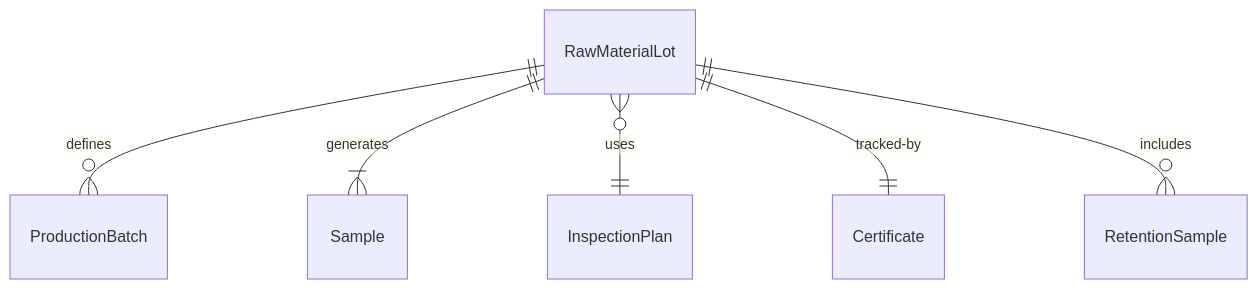
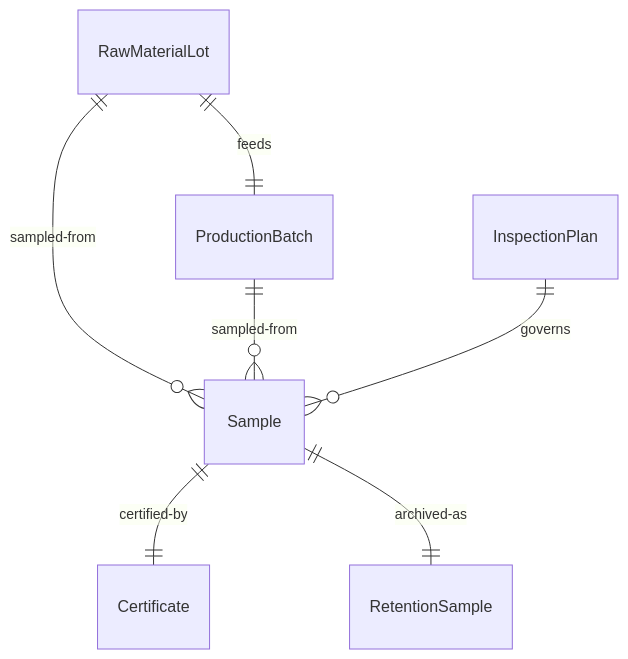
Before and after one commit to dot-org-ai/tasks.org.ai: the first of 4 diagrams in HandlingAndMovingObjects/CollectSamplesOfProductsOrMaterials/CollectSamplesRawMaterialsFinished.mdx, drawn with Mermaid. The commit also changed other lines of this file and 515 other files, not shown here.

````diff
--- a/HandlingAndMovingObjects/CollectSamplesOfProductsOrMaterials/CollectSamplesRawMaterialsFinished.mdx
+++ b/HandlingAndMovingObjects/CollectSamplesOfProductsOrMaterials/CollectSamplesRawMaterialsFinished.mdx
@@ -87,8 +87,9 @@
 ```mermaid
 erDiagram
-    RawMaterialLot ||--o{ ProductionBatch : "defines"
-    RawMaterialLot ||--|{ Sample : "generates"
-    RawMaterialLot }o--|| InspectionPlan : "uses"
-    RawMaterialLot ||--|| Certificate : "tracked-by"
-    RawMaterialLot ||--o{ RetentionSample : "includes"
+    RawMaterialLot ||--o{ Sample : "sampled-from"
+    ProductionBatch ||--o{ Sample : "sampled-from"
+    InspectionPlan ||--o{ Sample : "governs"
+    Sample ||--|| Certificate : "certified-by"
+    Sample ||--|| RetentionSample : "archived-as"
+    RawMaterialLot ||--|| ProductionBatch : "feeds"
 ```
````
